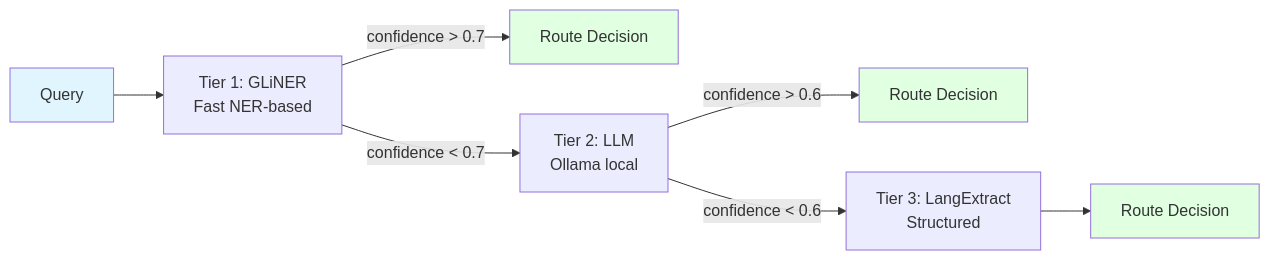
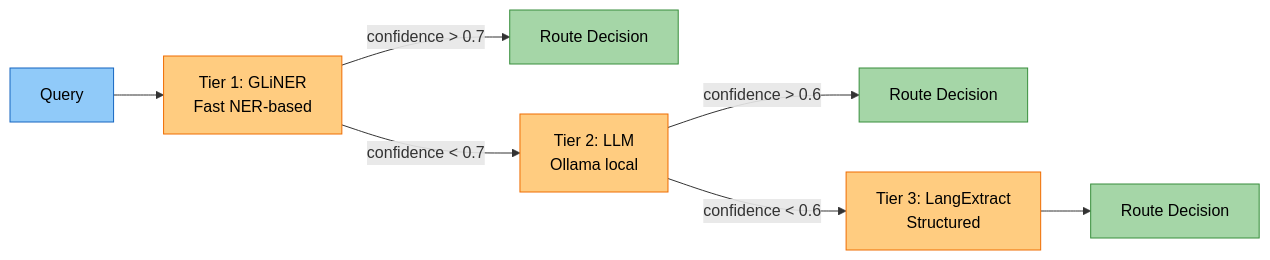
Before and after one commit to amit-jain/cogniverse: the second of 3 diagrams in docs/operations/configuration.md, drawn with Mermaid. The commit also changed other lines of this file and 83 other files, not shown here.

First line of the commit message:
Fix documentation veracity, formatting, and diagrams across all modules

````diff
--- a/docs/operations/configuration.md
+++ b/docs/operations/configuration.md
@@ -109,17 +119,20 @@
 ```mermaid
-graph LR
-    Query[Query] --> Tier1[Tier 1: GLiNER<br/>Fast NER-based]
+flowchart LR
+    Query["<span style='color:#000'>Query</span>"] --> Tier1["<span style='color:#000'>Tier 1: GLiNER<br/>Fast NER-based</span>"]
 
-    Tier1 -->|confidence > 0.7| Route1[Route Decision]
-    Tier1 -->|confidence < 0.7| Tier2[Tier 2: LLM<br/>Ollama local]
+    Tier1 -->|confidence > 0.7| Route1["<span style='color:#000'>Route Decision</span>"]
+    Tier1 -->|confidence < 0.7| Tier2["<span style='color:#000'>Tier 2: LLM<br/>Ollama local</span>"]
 
-    Tier2 -->|confidence > 0.6| Route2[Route Decision]
-    Tier2 -->|confidence < 0.6| Tier3[Tier 3: LangExtract<br/>Structured]
+    Tier2 -->|confidence > 0.6| Route2["<span style='color:#000'>Route Decision</span>"]
+    Tier2 -->|confidence < 0.6| Tier3["<span style='color:#000'>Tier 3: LangExtract<br/>Structured</span>"]
 
-    Tier3 --> Route3[Route Decision]
+    Tier3 --> Route3["<span style='color:#000'>Route Decision</span>"]
 
-    style Query fill:#e1f5ff
-    style Route1 fill:#e1ffe1
-    style Route2 fill:#e1ffe1
-    style Route3 fill:#e1ffe1
+    style Query fill:#90caf9,stroke:#1565c0,color:#000
+    style Tier1 fill:#ffcc80,stroke:#ef6c00,color:#000
+    style Tier2 fill:#ffcc80,stroke:#ef6c00,color:#000
+    style Tier3 fill:#ffcc80,stroke:#ef6c00,color:#000
+    style Route1 fill:#a5d6a7,stroke:#388e3c,color:#000
+    style Route2 fill:#a5d6a7,stroke:#388e3c,color:#000
+    style Route3 fill:#a5d6a7,stroke:#388e3c,color:#000
 ```
````
